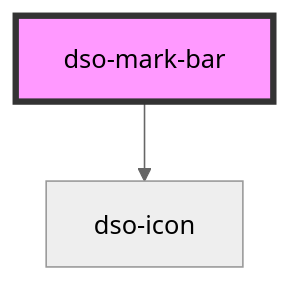
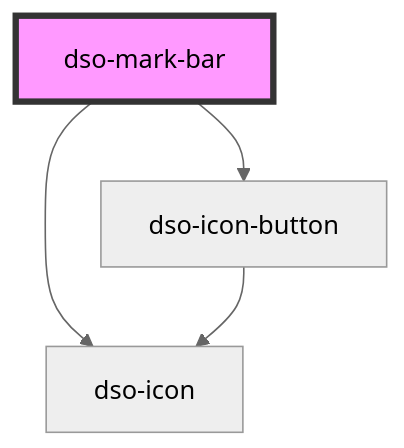
Before and after one commit to dso-toolkit/dso-toolkit: the diagram in packages/core/src/components/mark-bar/readme.md, drawn with Mermaid (neutral theme). The commit also changed other lines of this file and 48 other files, not shown here.

Commit message:
#2315 [Added] Icon button: Replace all buttons with icon-only with the icon-button component

````diff
--- a/packages/core/src/components/mark-bar/readme.md
+++ b/packages/core/src/components/mark-bar/readme.md
@@ -54,5 +55,7 @@
 ```mermaid
 graph TD;
   dso-mark-bar --> dso-icon
+  dso-mark-bar --> dso-icon-button
+  dso-icon-button --> dso-icon
   style dso-mark-bar fill:#f9f,stroke:#333,stroke-width:4px
 ```
````
